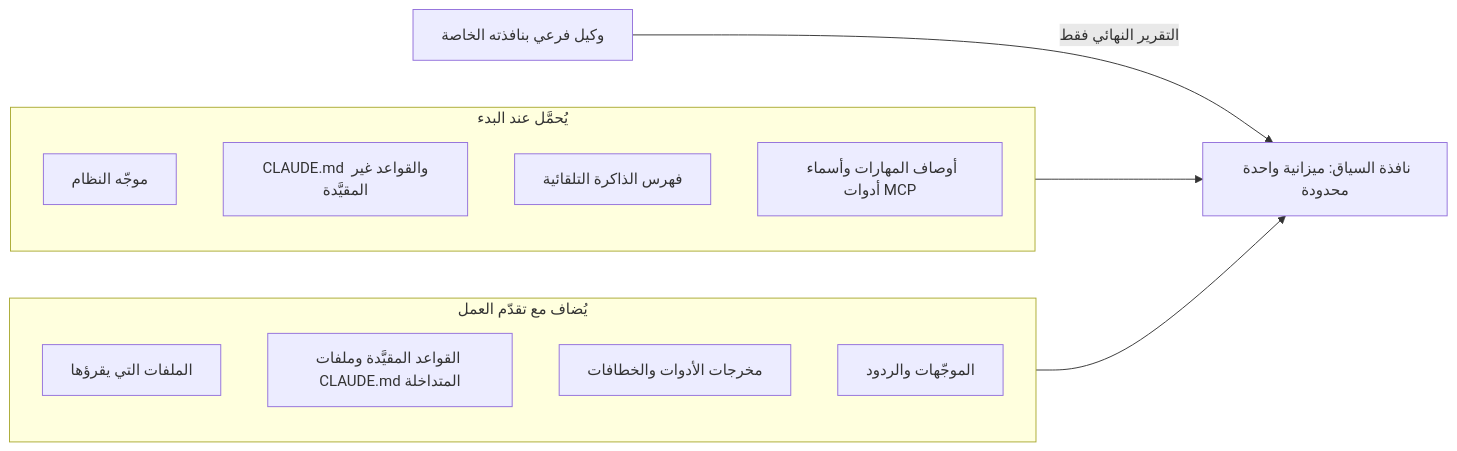
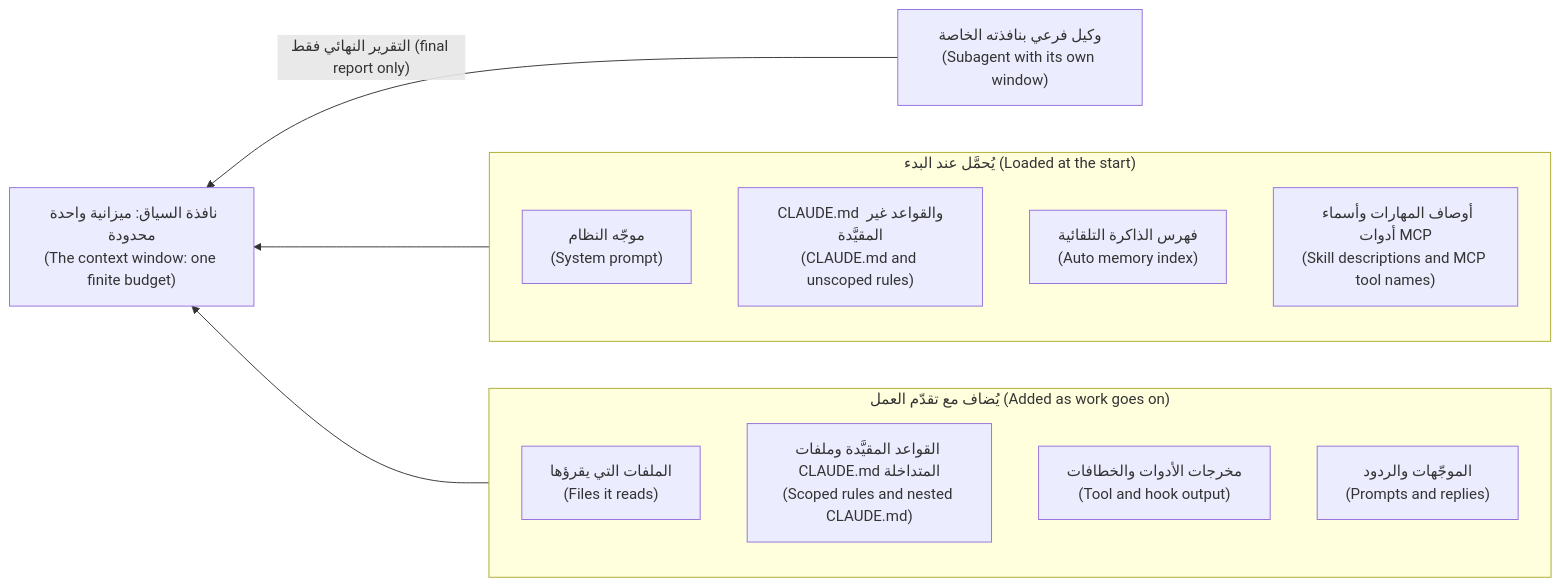
Before and after one commit to Tamoura/system-design-for-vibe-coders: the diagram in ainative/modules/02-context.ar.md, drawn with Mermaid. The commit also changed 83 other files, not shown here.

First line of the commit message:
AI-native engineer course: Arabic diagrams right-to-left with English glosses

````diff
--- a/ainative/modules/02-context.ar.md
+++ b/ainative/modules/02-context.ar.md
@@ -40,20 +40,20 @@
 ```mermaid
-flowchart LR
-    subgraph START["يُحمَّل عند البدء"]
-        A["موجّه النظام"]
-        B["CLAUDE.md والقواعد غير المقيَّدة"]
-        C["فهرس الذاكرة التلقائية"]
-        D["أوصاف المهارات وأسماء أدوات MCP"]
+flowchart RL
+    subgraph START["يُحمَّل عند البدء (Loaded at the start)"]
+        A["موجّه النظام<br/>(System prompt)"]
+        B["CLAUDE.md والقواعد غير المقيَّدة<br/>(CLAUDE.md and unscoped rules)"]
+        C["فهرس الذاكرة التلقائية<br/>(Auto memory index)"]
+        D["أوصاف المهارات وأسماء أدوات MCP<br/>(Skill descriptions and MCP tool names)"]
     end
-    subgraph LIVE["يُضاف مع تقدّم العمل"]
-        E["الملفات التي يقرؤها"]
-        F["القواعد المقيَّدة وملفات CLAUDE.md المتداخلة"]
-        G["مخرجات الأدوات والخطافات"]
-        H["الموجّهات والردود"]
+    subgraph LIVE["يُضاف مع تقدّم العمل (Added as work goes on)"]
+        E["الملفات التي يقرؤها<br/>(Files it reads)"]
+        F["القواعد المقيَّدة وملفات CLAUDE.md المتداخلة<br/>(Scoped rules and nested CLAUDE.md)"]
+        G["مخرجات الأدوات والخطافات<br/>(Tool and hook output)"]
+        H["الموجّهات والردود<br/>(Prompts and replies)"]
     end
-    SUB["وكيل فرعي بنافذته الخاصة"]
-    W["نافذة السياق: ميزانية واحدة محدودة"]
+    SUB["وكيل فرعي بنافذته الخاصة<br/>(Subagent with its own window)"]
+    W["نافذة السياق: ميزانية واحدة محدودة<br/>(The context window: one finite budget)"]
     START --> W
     LIVE --> W
-    SUB -->|"التقرير النهائي فقط"| W
+    SUB -->|"التقرير النهائي فقط (final report only)"| W
 ```
````
